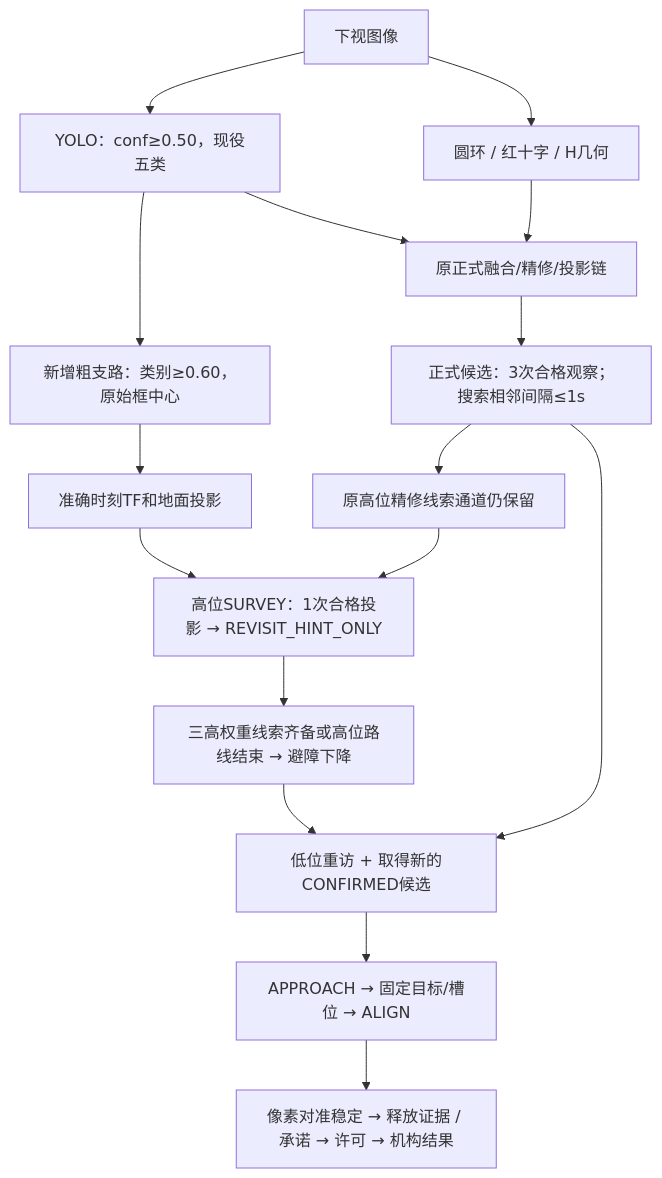
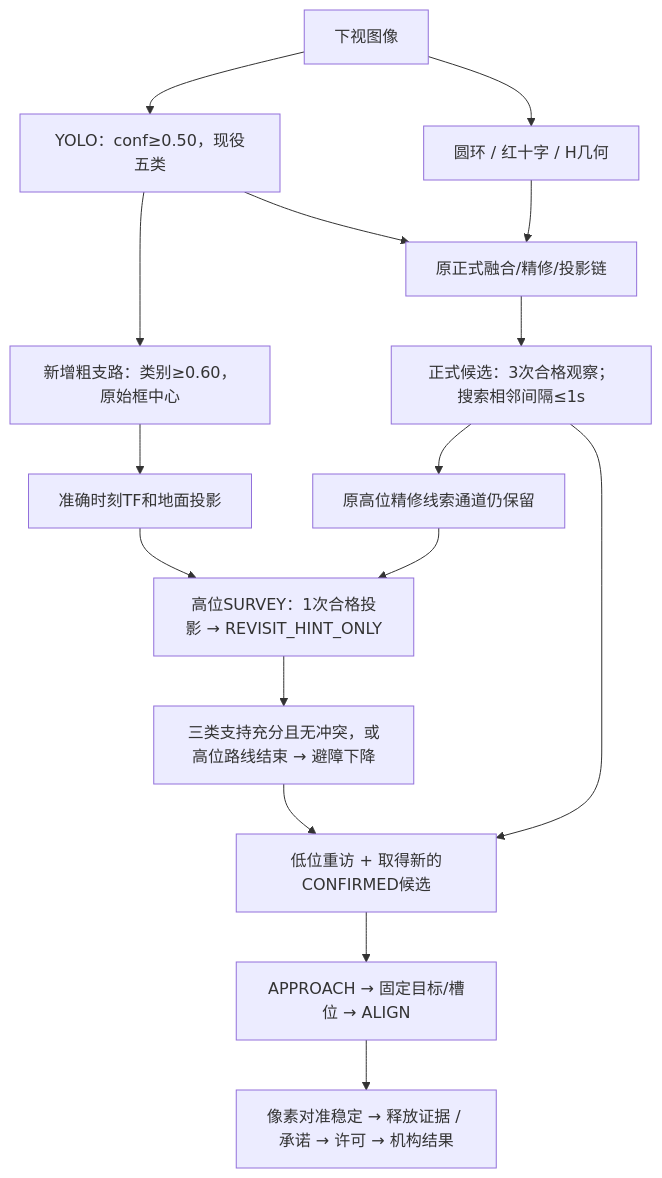
Before and after one commit to Qinling-Melon-Farmers/liftrace-visionwork: the second of 2 diagrams in docs/planning/coarse_search_20260926/WORKFLOW_AND_THRESHOLDS.md, drawn with Mermaid. The commit also changed other lines of this file and 26 other files, not shown here.

````diff
--- a/docs/planning/coarse_search_20260926/WORKFLOW_AND_THRESHOLDS.md
+++ b/docs/planning/coarse_search_20260926/WORKFLOW_AND_THRESHOLDS.md
@@ -47,18 +49,18 @@
 ```mermaid
 flowchart TD
     I["下视图像"] --> Y["YOLO：conf≥0.50，现役五类"]
     I --> G["圆环 / 红十字 / H几何"]
     Y --> B["新增粗支路：类别≥0.60，原始框中心"]
     B --> P["准确时刻TF和地面投影"]
     P --> N["高位SURVEY：1次合格投影 → REVISIT_HINT_ONLY"]
     Y --> F["原正式融合/精修/投影链"]
     G --> F
     F --> M["正式候选：3次合格观察；搜索相邻间隔≤1s"]
     M --> H["原高位精修线索通道仍保留"]
     H --> N
-    N --> D["三高权重线索齐备或高位路线结束 → 避障下降"]
+    N --> D["三类支持充分且无冲突，或高位路线结束 → 避障下降"]
     D --> V["低位重访 + 取得新的CONFIRMED候选"]
     M --> V
     V --> A["APPROACH → 固定目标/槽位 → ALIGN"]
     A --> E["像素对准稳定 → 释放证据 / 承诺 → 许可 → 机构结果"]
 ```
````
